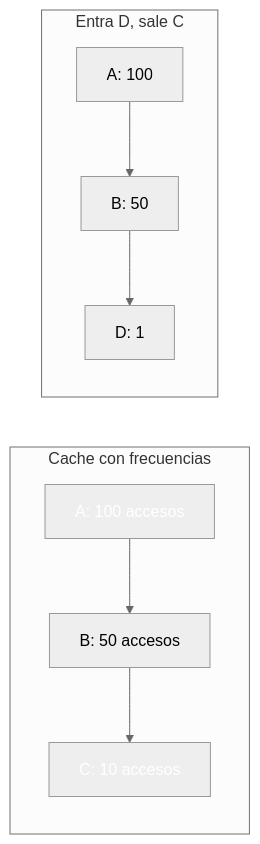
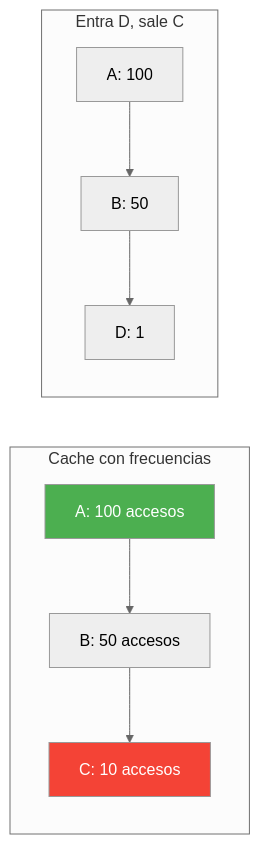
Before and after one commit to joseluisgs/DesarrolloWebEntornosServidor-02-2026-2027: the seventh of 17 diagrams in 14-cache-redis.md, drawn with Mermaid (neutral theme). The commit also changed other lines of this file, not shown here.

````diff
--- a/14-cache-redis.md
+++ b/14-cache-redis.md
@@ -247,13 +252,13 @@
 ```mermaid
 flowchart LR
     subgraph "Cache con frecuencias"
         A["A: 100 accesos"] --> B["B: 50 accesos"]
         B --> C["C: 10 accesos"]
     end
     subgraph "Entra D, sale C"
         A2["A: 100"] --> B2["B: 50"]
         B2 --> D2["D: 1"]
     end
-    style A fill:#4CAF5,color:#fff0,color:#fff
-    style C fill:#F4433,color:#fff6,color:#fff
+    style A fill:#4CAF50,color:#fff
+    style C fill:#F44336,color:#fff
 ```
````
